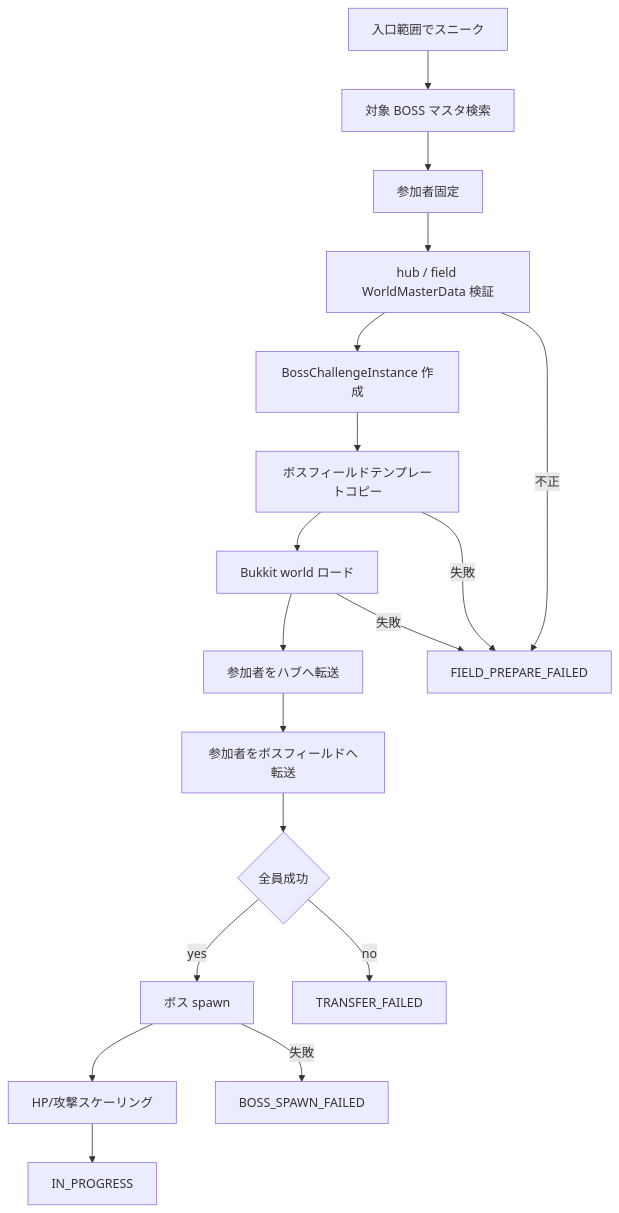
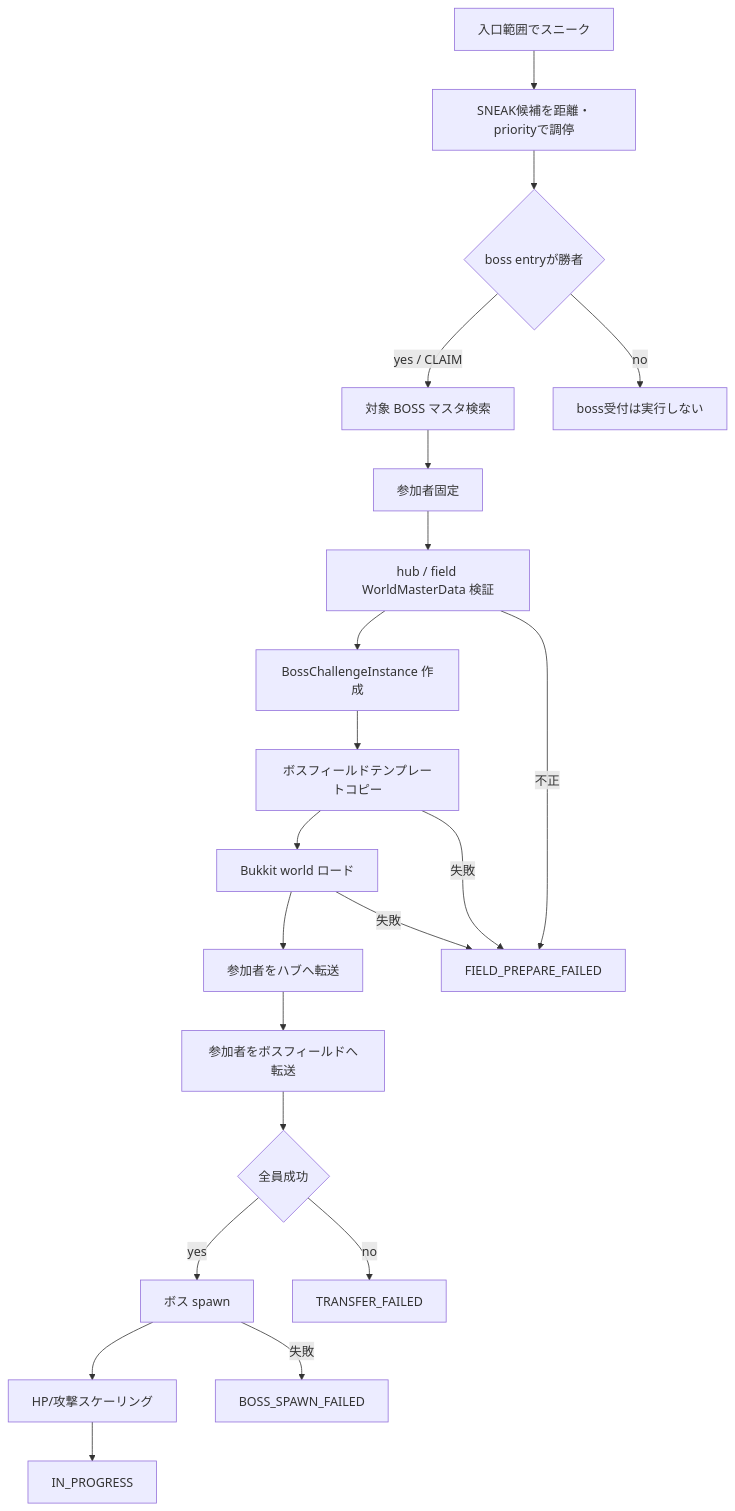
One commit to maaasu/AstralRecord-Workspace changed the first of 2 diagrams in 00_docs/10_Plugin設計書/feature/26-boss/4-統合フロー/26_4.01-理想統合フロー.md. Above: the diagram before and after it, drawn with Mermaid. The commit also changed 100 other files, not shown here.

````diff
--- a/00_docs/10_Plugin設計書/feature/26-boss/4-統合フロー/26_4.01-理想統合フロー.md
+++ b/00_docs/10_Plugin設計書/feature/26-boss/4-統合フロー/26_4.01-理想統合フロー.md
@@ -5,20 +5,23 @@
 ```mermaid
 flowchart TD
-    A["入口範囲でスニーク"] --> B["対象 BOSS マスタ検索"]
+    A["入口範囲でスニーク"] --> ARB["SNEAK候補を距離・priorityで調停"]
+    ARB --> W{"boss entryが勝者"}
+    W -- "yes / CLAIM" --> B["対象 BOSS マスタ検索"]
+    W -- "no" --> X["boss受付は実行しない"]
     B --> C["参加者固定"]
     C --> D["hub / field WorldMasterData 検証"]
     D --> E["BossChallengeInstance 作成"]
     E --> F["ボスフィールドテンプレートコピー"]
     F --> G["Bukkit world ロード"]
     G --> H["参加者をハブへ転送"]
     H --> I["参加者をボスフィールドへ転送"]
     I --> J{"全員成功"}
     J -- "yes" --> K["ボス spawn"]
     K --> L["HP/攻撃スケーリング"]
     L --> M["IN_PROGRESS"]
     J -- "no" --> N["TRANSFER_FAILED"]
     D -- "不正" --> O["FIELD_PREPARE_FAILED"]
     F -- "失敗" --> O
     G -- "失敗" --> O
     K -- "失敗" --> P["BOSS_SPAWN_FAILED"]
 ```
````
